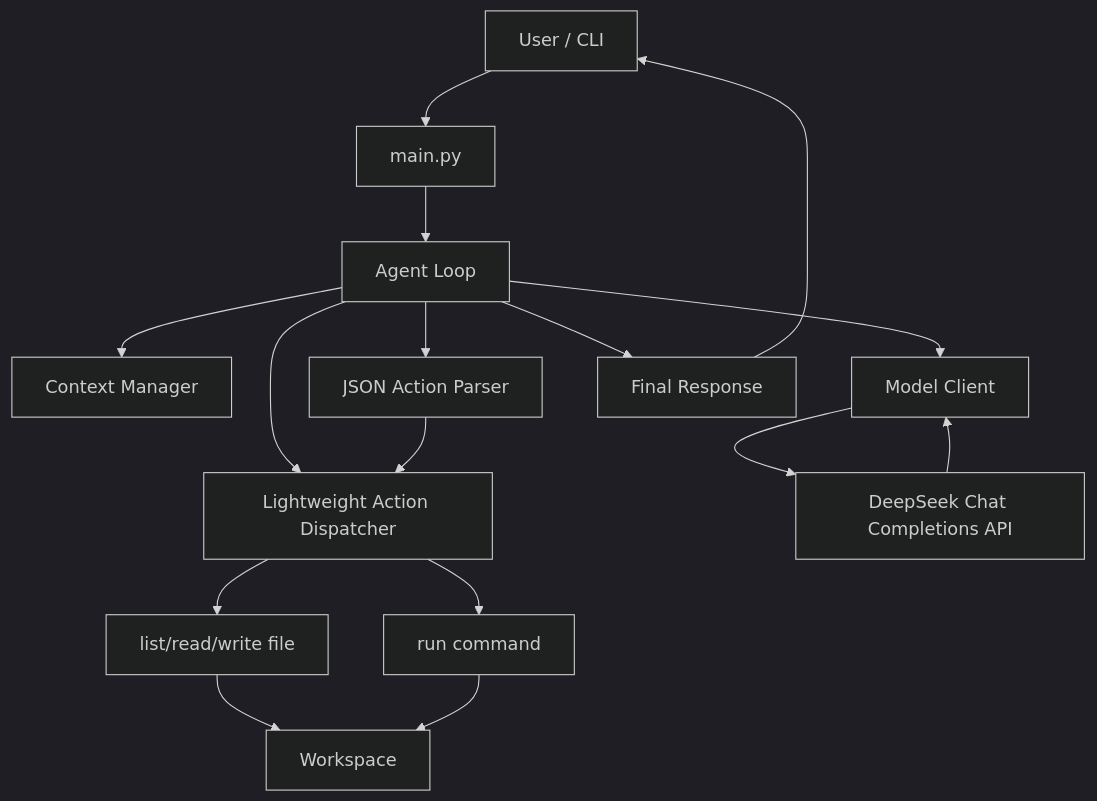
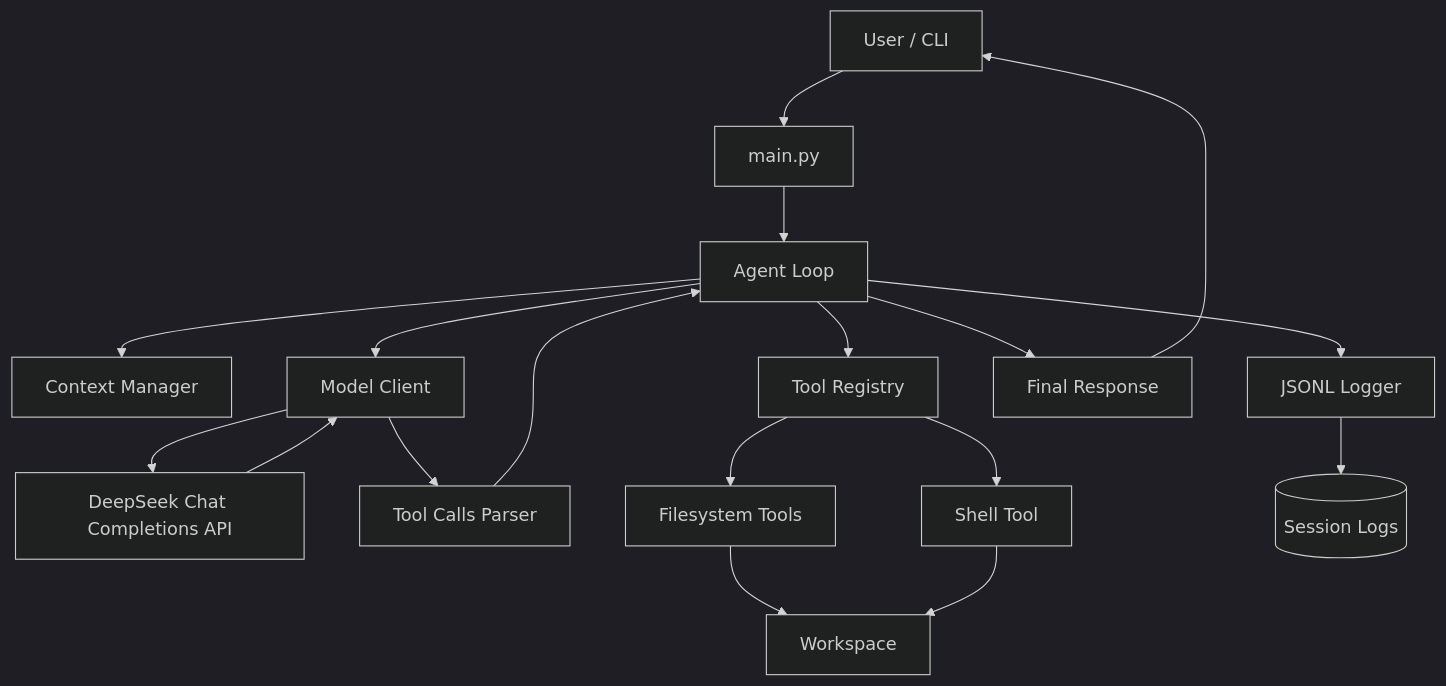
One commit to Konoha-Kai/nju_coding_agent changed the first of 3 diagrams in 开发文档/05_Harness架构图.md. Above: the diagram before and after it, drawn with Mermaid (dark theme). The commit also changed other lines of this file and 4 other files, not shown here.

````diff
--- a/开发文档/05_Harness架构图.md
+++ b/开发文档/05_Harness架构图.md
@@ -5,23 +5,25 @@
 ```mermaid
 flowchart TB
     User[User / CLI] --> Main[main.py]
     Main --> Agent[Agent Loop]
     Agent --> Context[Context Manager]
-    Agent --> Actions[Lightweight Action Dispatcher]
+    Agent --> Registry[Tool Registry]
     Agent --> ModelClient[Model Client]
+    Agent --> Logger[JSONL Logger]
 
     ModelClient --> DeepSeek[DeepSeek Chat Completions API]
     DeepSeek --> ModelClient
 
-    Agent --> Parser[JSON Action Parser]
-    Parser --> Actions
+    ModelClient --> Parser[Tool Calls Parser]
+    Parser --> Agent
 
-    Actions --> FS[list/read/write file]
-    Actions --> Shell[run command]
+    Registry --> FS[Filesystem Tools]
+    Registry --> Shell[Shell Tool]
 
     FS --> Workspace
     Shell --> Workspace
+    Logger --> Logs[(Session Logs)]
 
     Agent --> Result[Final Response]
     Result --> User
 ```
````
